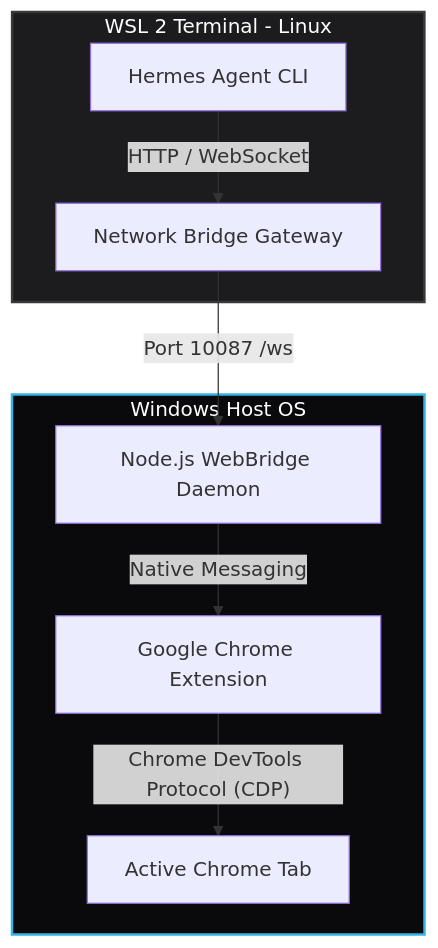
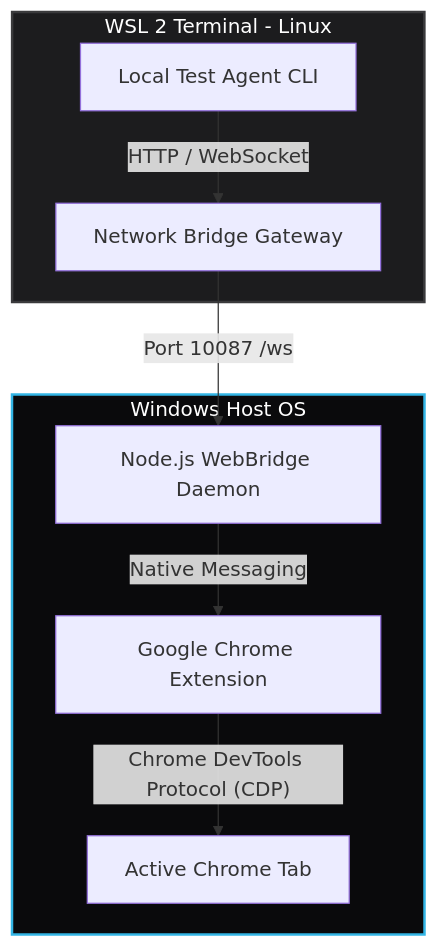
Before and after one commit to gangniagamy-cpu/GangNiaga-WebBridge: the diagram in README.md, drawn with Mermaid. The commit also changed other lines of this file and 50 other files, not shown here.

Commit message:
refactor: rename files and update documentation to separate local test agent from official Hermes Agent namespace

````diff
--- a/README.md
+++ b/README.md
@@ -32,15 +33,15 @@
 ```mermaid
 graph TD
     subgraph WSL2 [WSL 2 Terminal - Linux]
-        A[Hermes Agent CLI] -- "HTTP / WebSocket" --> B[Network Bridge Gateway]
+        A[Local Test Agent CLI] -- "HTTP / WebSocket" --> B[Network Bridge Gateway]
     end
 
     subgraph Host [Windows Host OS]
         B -- "Port 10087 /ws" --> C[Node.js WebBridge Daemon]
         C -- "Native Messaging" --> D[Google Chrome Extension]
         D -- "Chrome DevTools Protocol (CDP)" --> E[Active Chrome Tab]
     end
 
     style WSL2 fill:#1c1c1e,stroke:#3a3a3c,stroke-width:2px,color:#fff
     style Host fill:#0a0a0c,stroke:#33b5e5,stroke-width:2px,color:#fff
 ```
````
